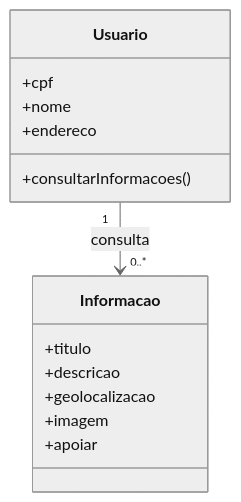
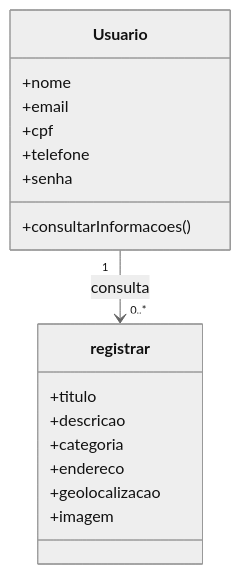
The second of 2 diagrams in README.md (RobAbProjADS/alertaCidade), drawn with Mermaid (neutral theme) before and after one commit.

Commit message:
Update class diagram in README.md

````diff
--- a/README.md
+++ b/README.md
@@ -81,19 +81,23 @@
 ```mermaid
 classDiagram
     class Usuario {
+        +nome
+        +email
         +cpf
-        +nome
-        +endereco
+        +telefone
+        +senha
         +consultarInformacoes()
     }
 
-    class Informacao {
+    class registrar {
         +titulo
         +descricao
+        +categoria
+        +endereco
         +geolocalizacao
-        +imagem
-        +apoiar
+        +imagem      
+
     }
 
-    Usuario "1" --> "0..*" Informacao : consulta
+    Usuario "1" --> "0..*" registrar : consulta
 ```
````
